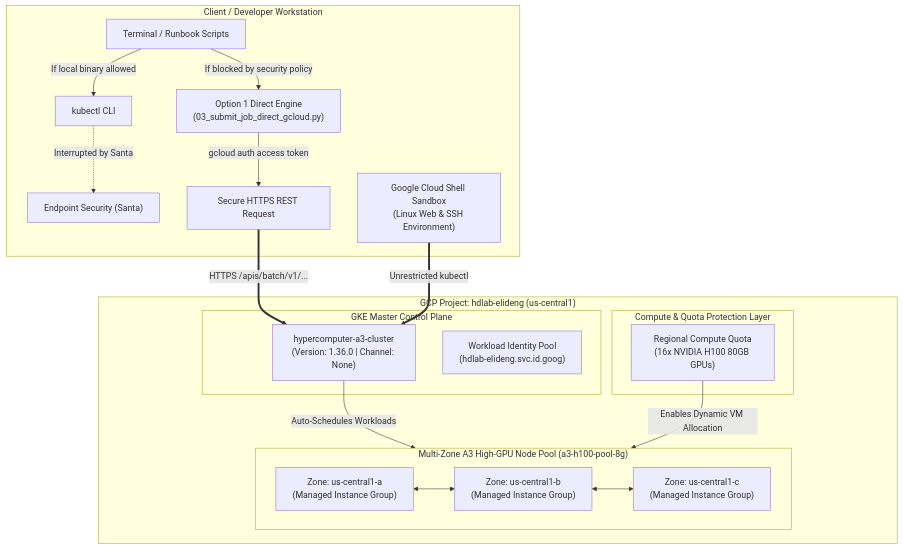
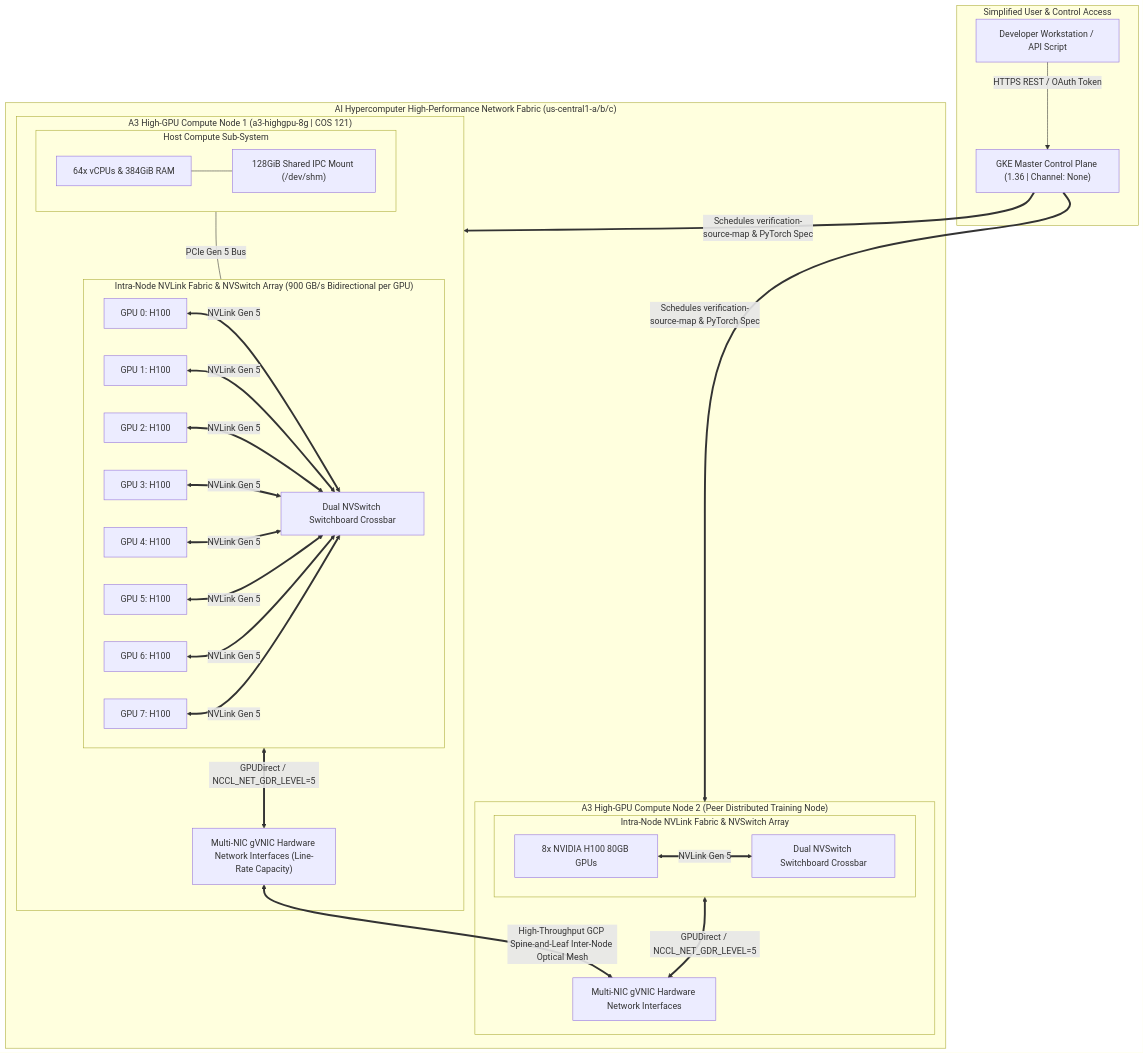
One commit to elideng-sg/hypercomputer-training-jobs changed the first of 4 diagrams in ARCHITECTURE.md. Above: the diagram before and after it, drawn with Mermaid. The commit also changed other lines of this file and 1 other file, not shown here.

Commit message:
Enhance network topology graphs: simplify user access & highlight intra-node NVLink NVSwitches and inter-node GPUDirect gVNIC mesh

````diff
--- a/ARCHITECTURE.md
+++ b/ARCHITECTURE.md
@@ -11,38 +11,35 @@
 ```mermaid
-graph TD
-    subgraph Client ["Client / Developer Workstation"]
-        LocalTerminal["Terminal / Runbook Scripts"]
-        EndpointGuard["Endpoint Security (Santa)"]
-        DirectEngine["Option 1 Direct Engine<br>(03_submit_job_direct_gcloud.py)"]
-        CloudShell["Google Cloud Shell Sandbox<br>(Linux Web & SSH Environment)"]
-
-        LocalTerminal -->|If local binary allowed| LocalKubectl["kubectl CLI"]
-        LocalTerminal -->|If blocked by security policy| DirectEngine
-        DirectEngine -->|gcloud auth access token| REST["Secure HTTPS REST Request"]
+graph TB
+    subgraph Access ["Simplified User & Control Access"]
+        Client["Developer Workstation / API Script"] -->|HTTPS REST / OAuth Token| CP["GKE Master Control Plane (1.36 | Channel: None)"]
     end
 
-    subgraph GCP_Project ["GCP Project: hdlab-elideng (us-central1)"]
-        subgraph QuotaLayer ["Compute & Quota Protection Layer"]
-            RegionalQuota["Regional Compute Quota<br>(16x NVIDIA H100 80GB GPUs)"]
+    subgraph ClusterMesh ["AI Hypercomputer High-Performance Network Fabric (us-central1-a/b/c)"]
+        subgraph Node1 ["A3 High-GPU Compute Node 1 (a3-highgpu-8g | COS 121)"]
+            subgraph Host1 ["Host Compute Sub-System"]
+                CPU1["64x vCPUs & 384GiB RAM"] --- SHM1["128GiB Shared IPC Mount (/dev/shm)"]
+            end
+            
+            subgraph NVLink_Mesh1 ["Intra-Node NVLink Fabric & NVSwitch Array (900 GB/s Bidirectional per GPU)"]
+                G0_1["GPU 0: H100"] & G1_1["GPU 1: H100"] & G2_1["GPU 2: H100"] & G3_1["GPU 3: H100"] <==>|NVLink Gen 5| NVS1["Dual NVSwitch Switchboard Crossbar"]
+                G4_1["GPU 4: H100"] & G5_1["GPU 5: H100"] & G6_1["GPU 6: H100"] & G7_1["GPU 7: H100"] <==>|NVLink Gen 5| NVS1
+            end
+
+            NIC1["Multi-NIC gVNIC Hardware Network Interfaces (Line-Rate Capacity)"]
+            Host1 ---|PCIe Gen 5 Bus| NVLink_Mesh1
+            NVLink_Mesh1 <==>|GPUDirect / NCCL_NET_GDR_LEVEL=5| NIC1
         end
 
-        subgraph ControlPlane ["GKE Master Control Plane"]
-            ClusterMaster["hypercomputer-a3-cluster<br>(Version: 1.36.0 | Channel: None)"]
-            WorkloadId["Workload Identity Pool<br>(hdlab-elideng.svc.id.goog)"]
+        subgraph Node2 ["A3 High-GPU Compute Node 2 (Peer Distributed Training Node)"]
+            subgraph NVLink_Mesh2 ["Intra-Node NVLink Fabric & NVSwitch Array"]
+                G_Array2["8x NVIDIA H100 80GB GPUs"] <==>|NVLink Gen 5| NVS2["Dual NVSwitch Switchboard Crossbar"]
+            end
+            NIC2["Multi-NIC gVNIC Hardware Network Interfaces"]
+            NVLink_Mesh2 <==>|GPUDirect / NCCL_NET_GDR_LEVEL=5| NIC2
         end
 
-        subgraph MultiZonePool ["Multi-Zone A3 High-GPU Node Pool (a3-h100-pool-8g)"]
-            ZoneA["Zone: us-central1-a<br>(Managed Instance Group)"]
-            ZoneB["Zone: us-central1-b<br>(Managed Instance Group)"]
-            ZoneC["Zone: us-central1-c<br>(Managed Instance Group)"]
-        end
+        NIC1 <==>|High-Throughput GCP Spine-and-Leaf Inter-Node Optical Mesh| NIC2
     end
 
-    REST ==>|HTTPS /apis/batch/v1/...| ClusterMaster
-    CloudShell ==>|Unrestricted kubectl| ClusterMaster
-    LocalKubectl -.->|Interrupted by Santa| EndpointGuard
-    
-    ClusterMaster -->|Auto-Schedules Workloads| MultiZonePool
-    RegionalQuota -->|Enables Dynamic VM Allocation| MultiZonePool
-    ZoneA <--> ZoneB <--> ZoneC
+    CP ==>|Schedules verification-source-map & PyTorch Spec| Node1 & Node2
 ```
````
